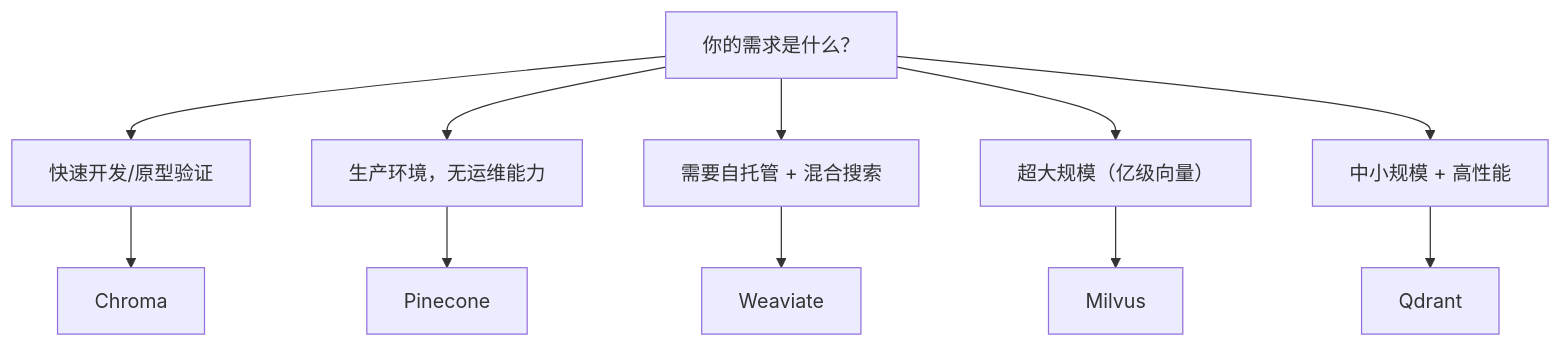
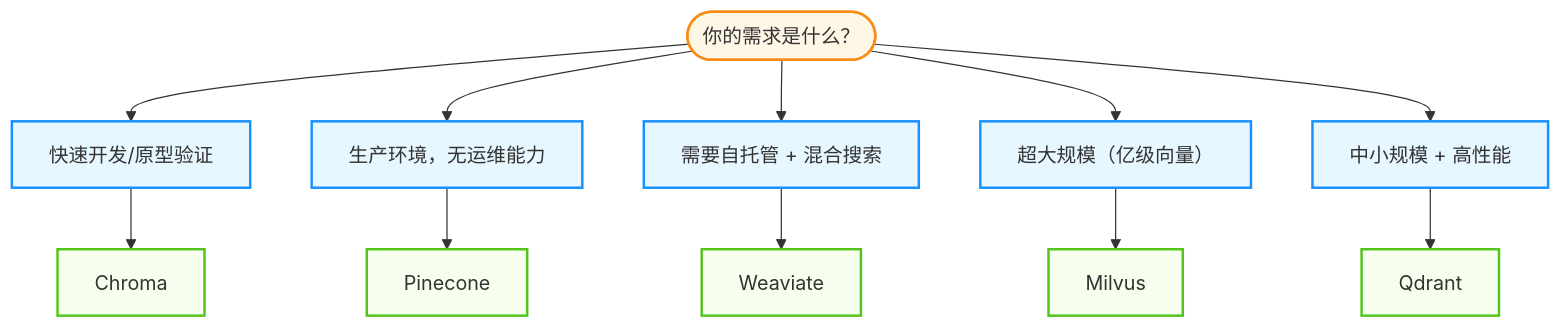
One commit to yeasy/agentic_ai_guide changed the second of 2 diagrams in 03_memory/3.3_vector_databases.md. Above: the diagram before and after it, drawn with Mermaid. The commit also changed other lines of this file and 36 other files, not shown here.

````diff
--- a/03_memory/3.3_vector_databases.md
+++ b/03_memory/3.3_vector_databases.md
@@ -295,19 +305,28 @@
 ```mermaid
 graph TD
-    Start["你的需求是什么？"]
+    %% Agentic Design System
+    classDef agent fill:#e6f7ff,stroke:#1890ff,stroke-width:2px;
+    classDef tool fill:#f6ffed,stroke:#52c41a,stroke-width:2px;
+    classDef user fill:#fff7e6,stroke:#fa8c16,stroke-width:2px;
+
+    Start(["你的需求是什么？"])
     
     Start --> Proto["快速开发/原型验证"]
     Proto --> Chroma["Chroma"]
     
     Start --> ProdNoOps["生产环境，无运维能力"]
     ProdNoOps --> Pinecone["Pinecone"]
     
     Start --> SelfHost["需要自托管 + 混合搜索"]
     SelfHost --> Weaviate["Weaviate"]
     
     Start --> HugeScale["超大规模（亿级向量）"]
     HugeScale --> Milvus["Milvus"]
     
     Start --> MidPerf["中小规模 + 高性能"]
     MidPerf --> Qdrant["Qdrant"]
+    
+    class Start user;
+    class Proto,ProdNoOps,SelfHost,HugeScale,MidPerf agent;
+    class Chroma,Pinecone,Weaviate,Milvus,Qdrant tool;
 ```
````
